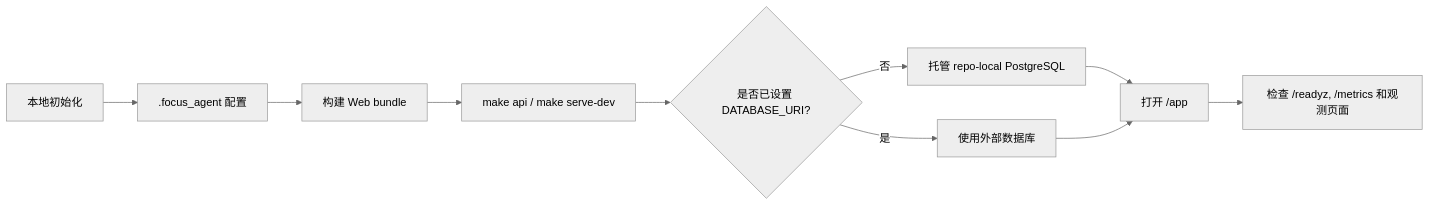
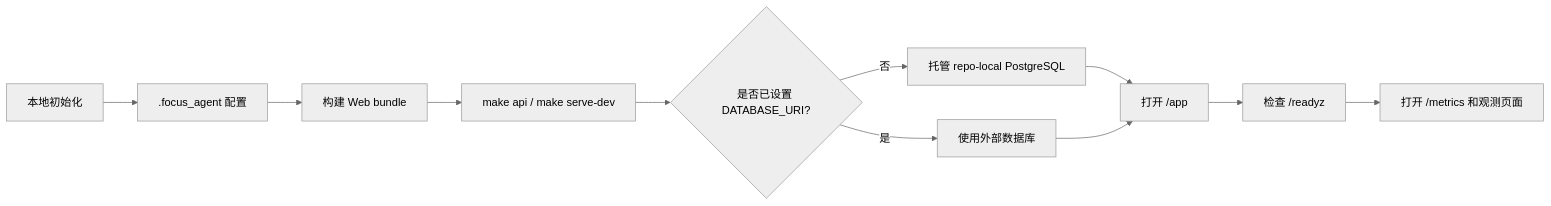
One commit to William-zgx/focus-agent changed the diagram in docs/quick-start.zh-CN.md. Above: the diagram before and after it, drawn with Mermaid (neutral theme). The commit also changed other lines of this file and 13 other files, not shown here.

````diff
--- a/docs/quick-start.zh-CN.md
+++ b/docs/quick-start.zh-CN.md
@@ -5,12 +5,13 @@
 ```mermaid
 flowchart LR
     Setup["本地初始化"] --> Config[".focus_agent 配置"]
     Config --> Build["构建 Web bundle"]
     Build --> Start["make api / make serve-dev"]
     Start --> Postgres{"是否已设置 DATABASE_URI?"}
     Postgres -- "否" --> Managed["托管 repo-local PostgreSQL"]
     Postgres -- "是" --> External["使用外部数据库"]
     Managed --> App["打开 /app"]
     External --> App
-    App --> Observe["检查 /readyz, /metrics 和观测页面"]
+    App --> Ready["检查 /readyz"]
+    Ready --> Observe["打开 /metrics 和观测页面"]
 ```
````
